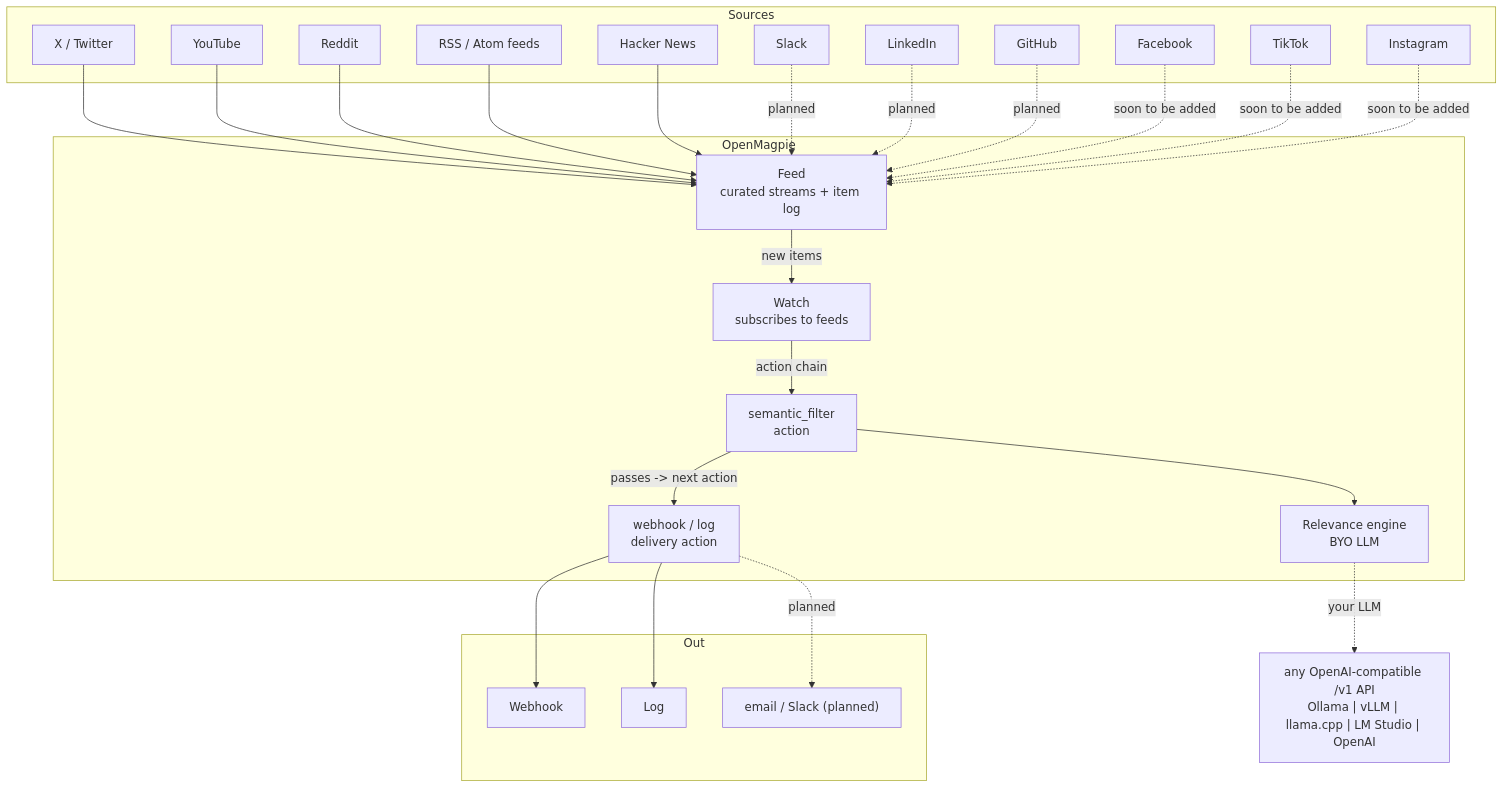
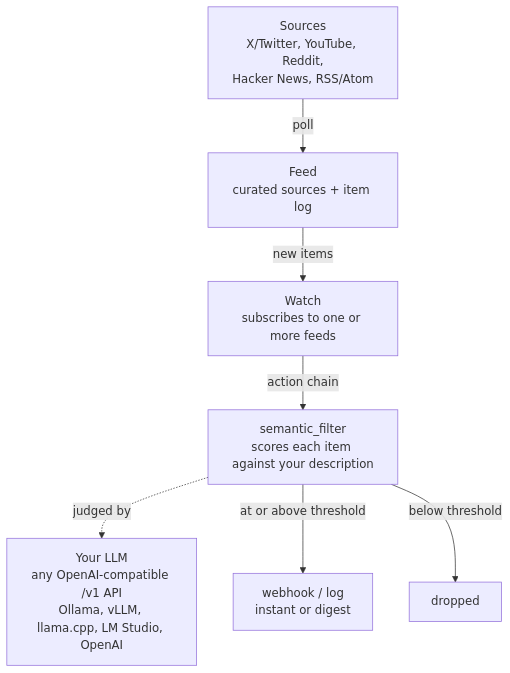
The diagram in README.md (obris-dev/openmagpie), drawn with Mermaid before and after one commit.

Commit message:
docs(readme): simplify the How-it-works diagram to the shipped pipeline (#187)
Replace the 20-node graph (eleven sources, six of them dotted 'planned',
plus a dangling 'email / Slack (planned)' output) with a seven-node
top-down flow that shows only what ships: sources -> feed -> watch ->
semantic_filter, with the LLM, delivery (instant or digest), and the drop
path as the three exits. The roadmap sources stay listed in the Roadmap
section, where they already were.

````diff
--- a/README.md
+++ b/README.md
@@ -143,52 +143,17 @@
 ```mermaid
-graph TD
-    subgraph Sources
-        TWITTER[X / Twitter]
-        YOUTUBE[YouTube]
-        REDDIT[Reddit]
-        RSS[RSS / Atom feeds]
-        HN[Hacker News]
-        SLACK[Slack]
-        LINKEDIN[LinkedIn]
-        GITHUB[GitHub]
-        FACEBOOK[Facebook]
-        TIKTOK[TikTok]
-        INSTAGRAM[Instagram]
-    end
+flowchart TD
+    SOURCES["Sources<br/>X/Twitter, YouTube, Reddit,<br/>Hacker News, RSS/Atom"]
+    FEED["Feed<br/>curated sources + item log"]
+    WATCH["Watch<br/>subscribes to one or more feeds"]
+    FILTER["semantic_filter<br/>scores each item against your description"]
+    LLM["Your LLM<br/>any OpenAI-compatible /v1 API<br/>Ollama, vLLM, llama.cpp, LM Studio, OpenAI"]
+    DELIVER["webhook / log<br/>instant or digest"]
+    DROPPED["dropped"]
 
-    subgraph OpenMagpie
-        FEED[Feed<br/>curated streams + item log]
-        WATCH[Watch<br/>subscribes to feeds]
-        FILTER[semantic_filter<br/>action]
-        ENGINE[Relevance engine<br/>BYO LLM]
-        DELIVER[webhook / log<br/>delivery action]
-    end
-
-    subgraph Out
-        WEBHOOK[Webhook]
-        LOG[Log]
-        FUTURE["email / Slack (planned)"]
-    end
-
-    TWITTER --> FEED
-    YOUTUBE --> FEED
-    REDDIT --> FEED
-    RSS --> FEED
-    HN --> FEED
-    SLACK -. planned .-> FEED
-    LINKEDIN -. planned .-> FEED
-    GITHUB -. planned .-> FEED
-    FACEBOOK -. "soon to be added" .-> FEED
-    TIKTOK -. "soon to be added" .-> FEED
-    INSTAGRAM -. "soon to be added" .-> FEED
-
+    SOURCES -- "poll" --> FEED
     FEED -- "new items" --> WATCH
     WATCH -- "action chain" --> FILTER
-    FILTER --> ENGINE
-    ENGINE -. "your LLM" .-> LLM["any OpenAI-compatible /v1 API<br/>Ollama | vLLM | llama.cpp | LM Studio | OpenAI"]
-    FILTER -- "passes -> next action" --> DELIVER
-
-    DELIVER --> WEBHOOK
-    DELIVER --> LOG
-    DELIVER -. planned .-> FUTURE
+    FILTER -. "judged by" .-> LLM
+    FILTER -- "at or above threshold" --> DELIVER
+    FILTER -- "below threshold" --> DROPPED
 ```
````
